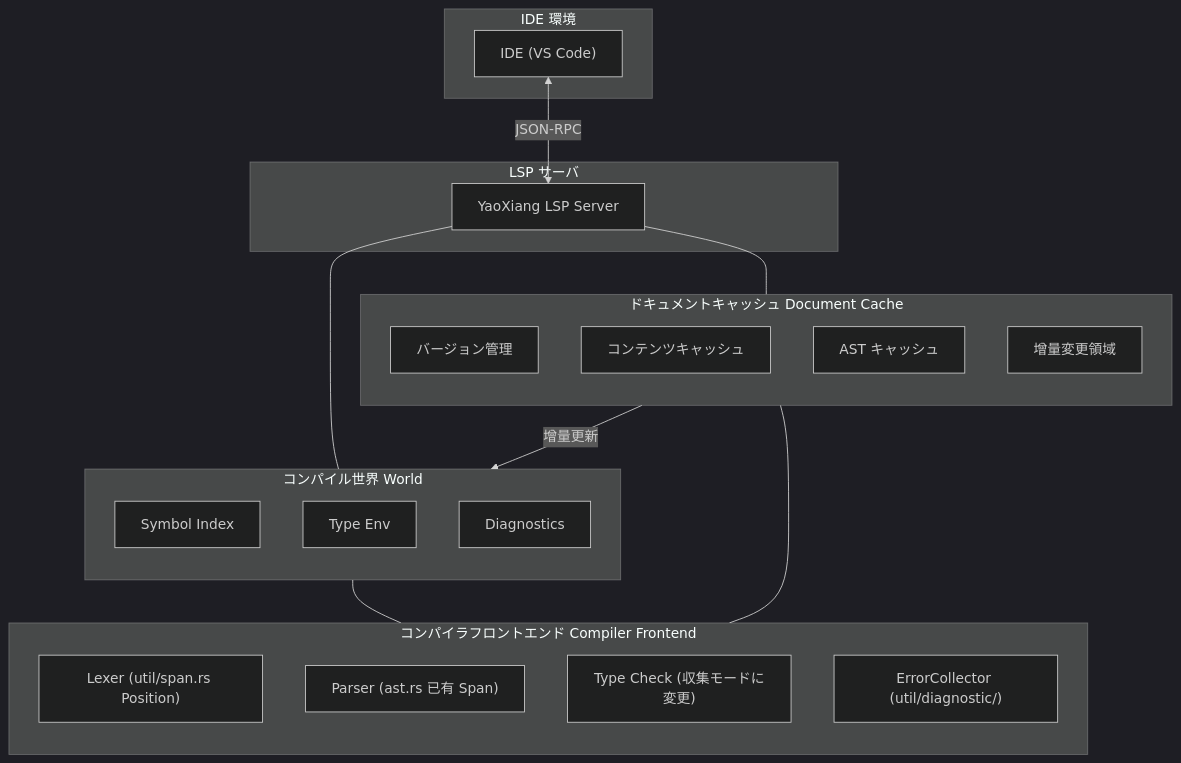
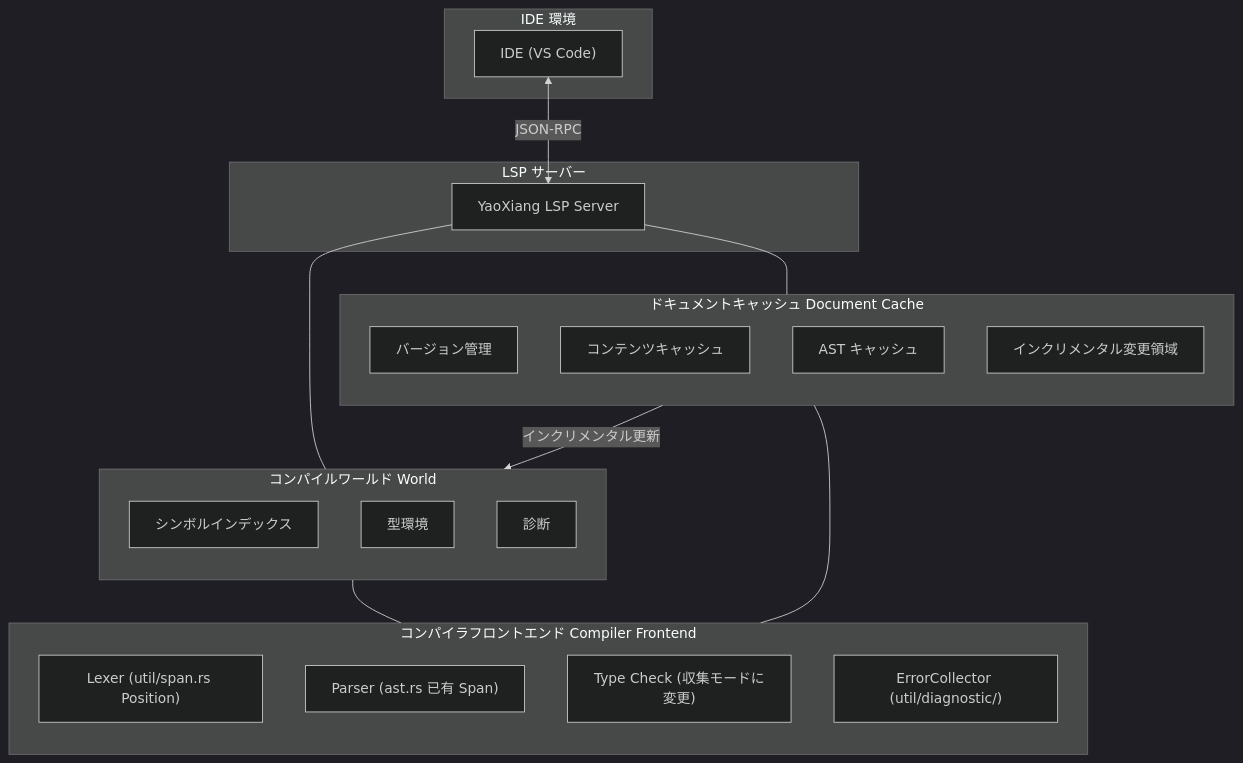
One commit to ChenXu233/YaoXiang changed the diagram in docs/src/ja/design/rfc/accepted/017-lsp-support.md. Above: the diagram before and after it, drawn with Mermaid (dark theme). The commit also changed other lines of this file and 86 other files, not shown here.

````diff
--- a/docs/src/ja/design/rfc/accepted/017-lsp-support.md
+++ b/docs/src/ja/design/rfc/accepted/017-lsp-support.md
@@ -139,43 +142,43 @@
 ```mermaid
 flowchart TD
     subgraph IDE_Environment [IDE 環境]
         IDE["IDE (VS Code)"]
     end
 
-    subgraph LSP_Server [LSP サーバ]
+    subgraph LSP_Server [LSP サーバー]
         LSP["YaoXiang LSP Server"]
     end
 
-    subgraph World_Compile [コンパイル世界 World]
+    subgraph World_Compile [コンパイルワールド World]
         direction TB
-        W_Symbol["Symbol Index"]
-        W_Type["Type Env"]
-        W_Diag["Diagnostics"]
+        W_Symbol["シンボルインデックス"]
+        W_Type["型環境"]
+        W_Diag["診断"]
     end
 
     subgraph Cache [ドキュメントキャッシュ Document Cache]
         direction TB
         C_Version["バージョン管理"]
         C_Content["コンテンツキャッシュ"]
         C_AST["AST キャッシュ"]
-        C_Delta["增量変更領域"]
+        C_Delta["インクリメンタル変更領域"]
     end
 
     subgraph Frontend [コンパイラフロントエンド Compiler Frontend]
         direction TB
         F_Lexer["Lexer (util/span.rs Position)"]
         F_Parser["Parser (ast.rs 已有 Span)"]
         F_TypeCheck["Type Check (収集モードに変更)"]
         F_ErrorCollector["ErrorCollector (util/diagnostic/)"]
     end
 
     IDE <-->|JSON-RPC| LSP
 
     LSP --- World_Compile
     LSP --- Cache
 
-    Cache -- "增量更新" --> World_Compile
+    Cache -- "インクリメンタル更新" --> World_Compile
 
     World_Compile --- Frontend
     Cache --- Frontend
 ```
````
